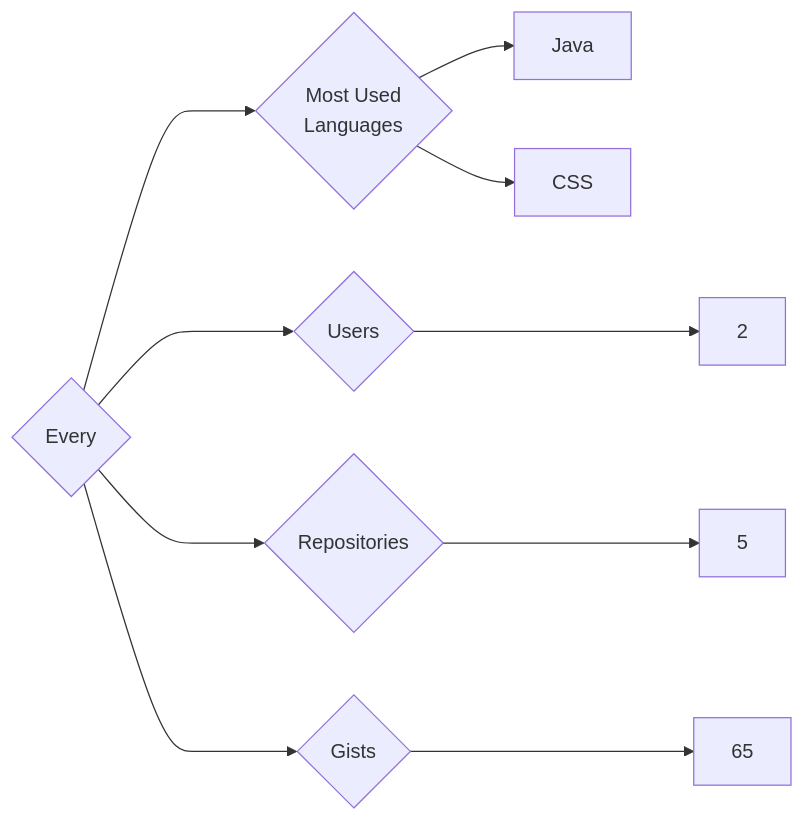
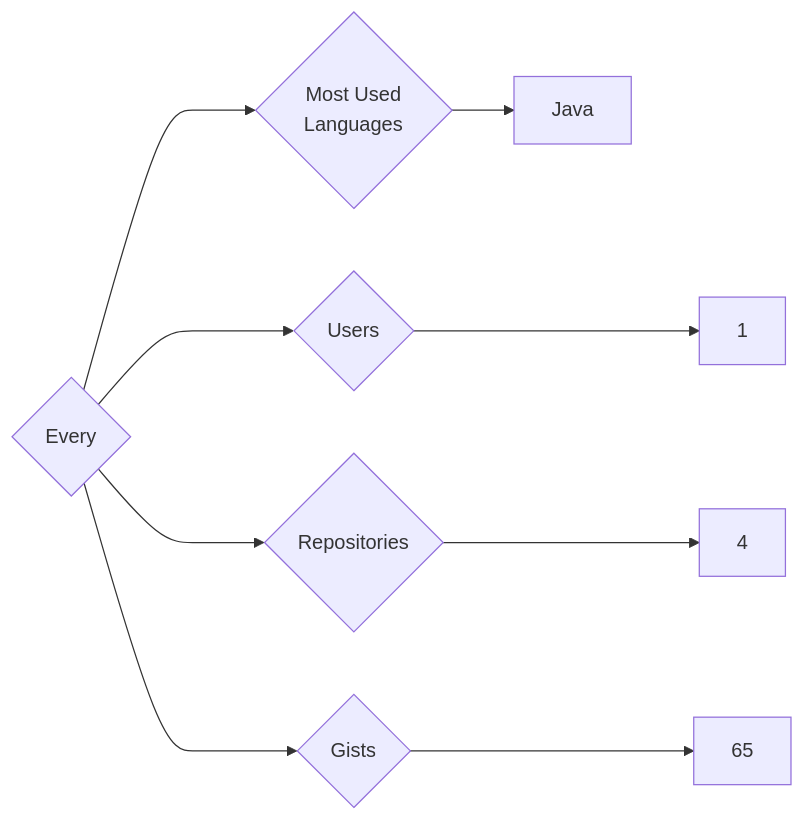
One commit to trickest/insiders changed the diagram in targets/Every/README.md. Above: the diagram before and after it, drawn with Mermaid. The commit also changed 935 other files, not shown here.

````diff
--- a/targets/Every/README.md
+++ b/targets/Every/README.md
@@ -3,10 +3,9 @@
 ```mermaid
 graph LR
 COMPANY_NAME{Every}
-COMPANY_NAME ---> U{Users} ---> UN[2]
-COMPANY_NAME ---> R{Repositories} ---> RN[5]
+COMPANY_NAME ---> U{Users} ---> UN[1]
+COMPANY_NAME ---> R{Repositories} ---> RN[4]
 COMPANY_NAME ---> G{Gists} ---> GN[65]
 COMPANY_NAME ---> ML{Most Used<br>Languages}
 ML --> Java[Java]
-ML --> CSS[CSS]
 ```
````
